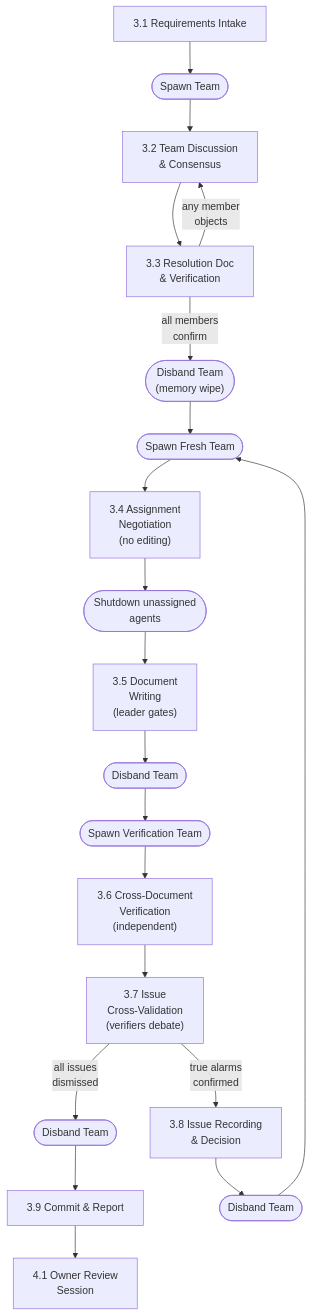
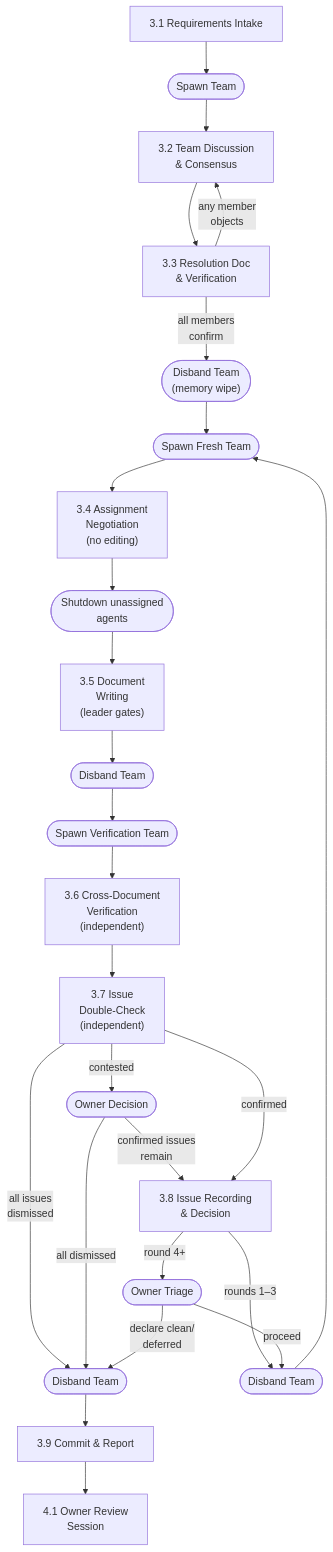
The second of 3 diagrams in docs/work-styles/03-design-workflow.md (powdream-org/it-shell3), drawn with Mermaid before and after one commit. The commit also changed other lines of this file and 18 other files, not shown here.

````diff
--- a/docs/work-styles/03-design-workflow.md
+++ b/docs/work-styles/03-design-workflow.md
@@ -68,22 +73,28 @@
 ```mermaid
 graph TD
     A["3.1 Requirements Intake"] --> spawn1(["Spawn Team"])
     spawn1 --> B["3.2 Team Discussion<br/>& Consensus"]
     B --> C["3.3 Resolution Doc<br/>& Verification"]
     C -- "any member<br/>objects" --> B
     C -- "all members<br/>confirm" --> disband1(["Disband Team<br/>(memory wipe)"])
     disband1 --> spawn2(["Spawn Fresh Team"])
     spawn2 --> D1["3.4 Assignment<br/>Negotiation<br/>(no editing)"]
     D1 --> shutdown_unassigned(["Shutdown unassigned<br/>agents"])
     shutdown_unassigned --> D2["3.5 Document<br/>Writing<br/>(leader gates)"]
     D2 --> disband2(["Disband Team"])
     disband2 --> spawn3(["Spawn Verification Team"])
     spawn3 --> E["3.6 Cross-Document<br/>Verification<br/>(independent)"]
-    E --> F["3.7 Issue<br/>Cross-Validation<br/>(verifiers debate)"]
+    E --> F["3.7 Issue<br/>Double-Check<br/>(independent)"]
     F -- "all issues<br/>dismissed" --> disband4(["Disband Team"])
-    F -- "true alarms<br/>confirmed" --> G["3.8 Issue Recording<br/>& Decision"]
-    G --> disband3(["Disband Team"])
+    F -- "contested" --> owner_esc1(["Owner Decision"])
+    owner_esc1 -- "all dismissed" --> disband4
+    owner_esc1 -- "confirmed issues<br/>remain" --> G["3.8 Issue Recording<br/>& Decision"]
+    F -- "confirmed" --> G
+    G -- "rounds 1–3" --> disband3(["Disband Team"])
+    G -- "round 4+" --> owner_esc2(["Owner Triage"])
+    owner_esc2 -- "proceed" --> disband3
+    owner_esc2 -- "declare clean/<br/>deferred" --> disband4
     disband3 --> spawn2
     disband4 --> H["3.9 Commit & Report"]
     H --> I["4.1 Owner Review<br/>Session"]
 ```
````
